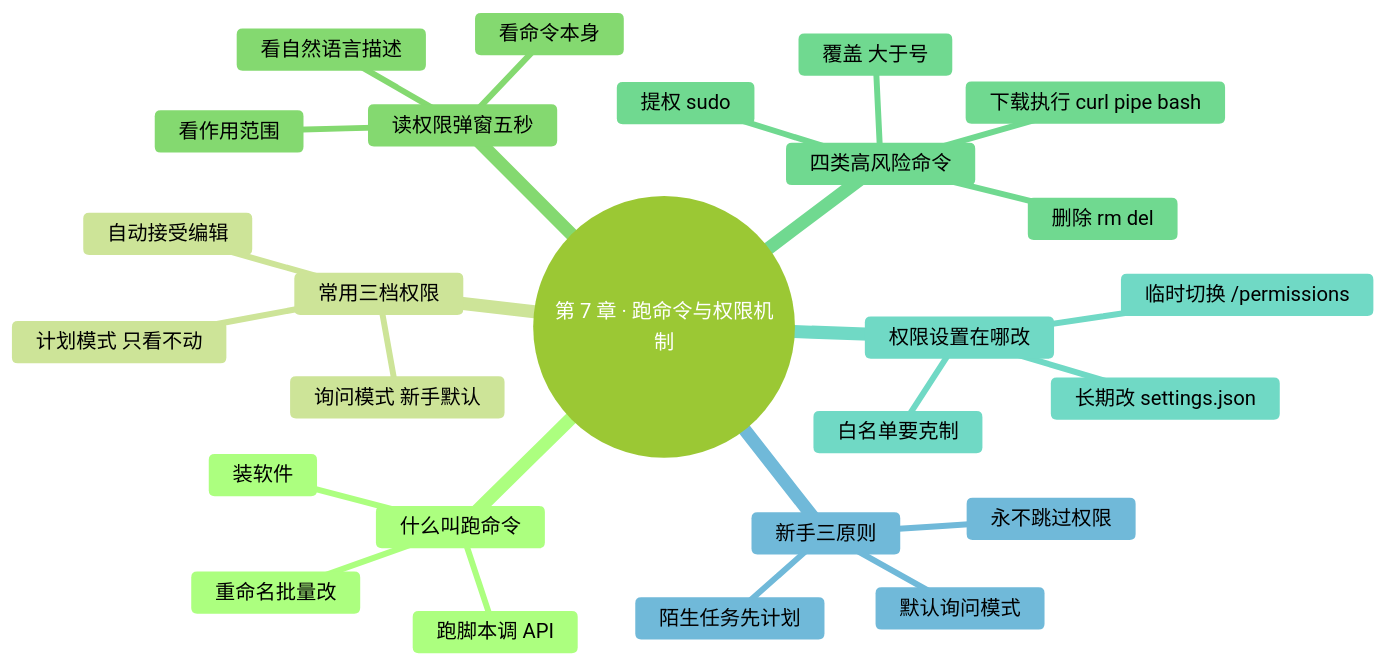
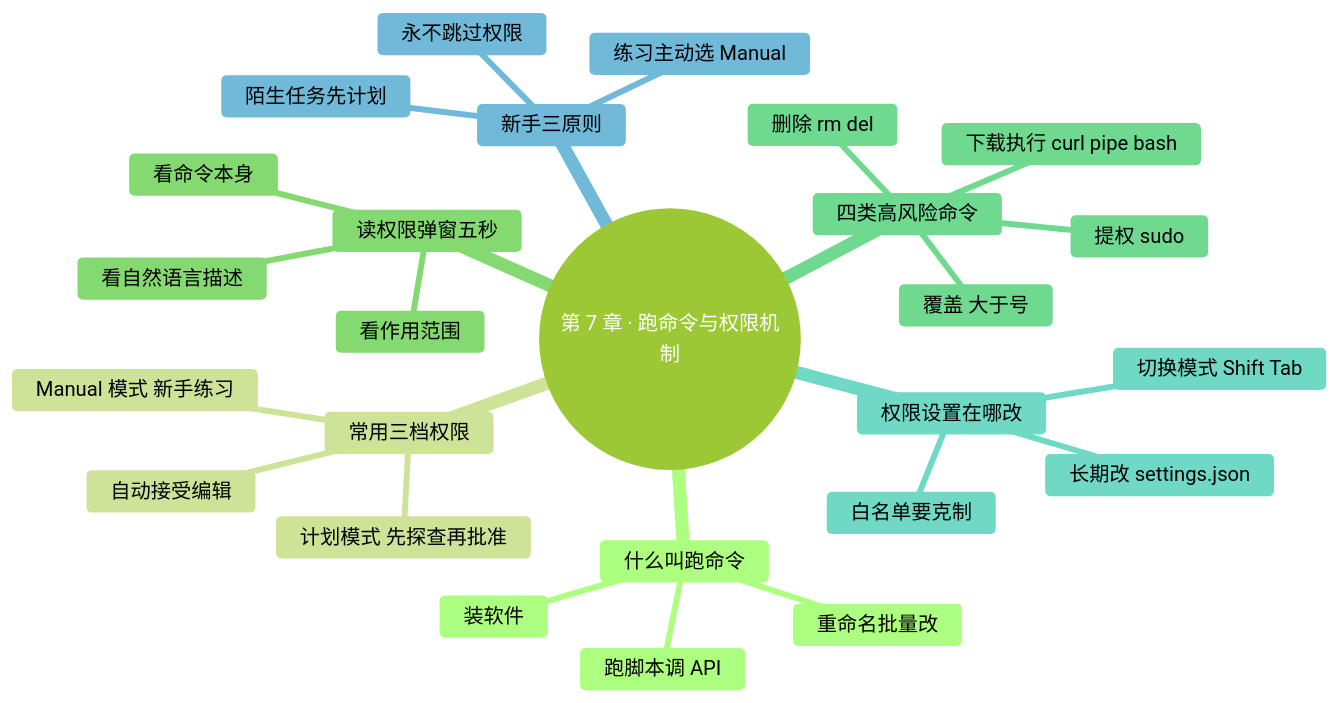
Before and after one commit to mali9527/claude-code-full-guide-for-beginners: the first of 2 diagrams in manuscript/part2-日常使用/07-让它跑命令加权限机制.md, drawn with Mermaid. The commit also changed other lines of this file and 130 other files, not shown here.

````diff
--- a/manuscript/part2-日常使用/07-让它跑命令加权限机制.md
+++ b/manuscript/part2-日常使用/07-让它跑命令加权限机制.md
@@ -20,37 +22,37 @@
 ```mermaid
 ---
 config:
   theme: forest
   themeVariables:
     fontFamily: "-apple-system, 'SF Pro Text', 'PingFang SC', 'Helvetica Neue', sans-serif"
     fontSize: "17px"
     lineColor: "#D9D9D9"
 ---
 mindmap
   root((第 7 章 · 跑命令与权限机制))
     什么叫跑命令
       装软件
       重命名批量改
       跑脚本调 API
     常用三档权限
-      询问模式 新手默认
+      Manual 模式 新手练习
       自动接受编辑
-      计划模式 只看不动
+      计划模式 先探查再批准
     读权限弹窗五秒
       看命令本身
       看作用范围
       看自然语言描述
     四类高风险命令
       删除 rm del
       覆盖 大于号
       提权 sudo
       下载执行 curl pipe bash
     权限设置在哪改
-      临时切换 /permissions
+      切换模式 Shift Tab
       长期改 settings.json
       白名单要克制
     新手三原则
-      默认询问模式
+      练习主动选 Manual
       陌生任务先计划
       永不跳过权限
 ```
````
